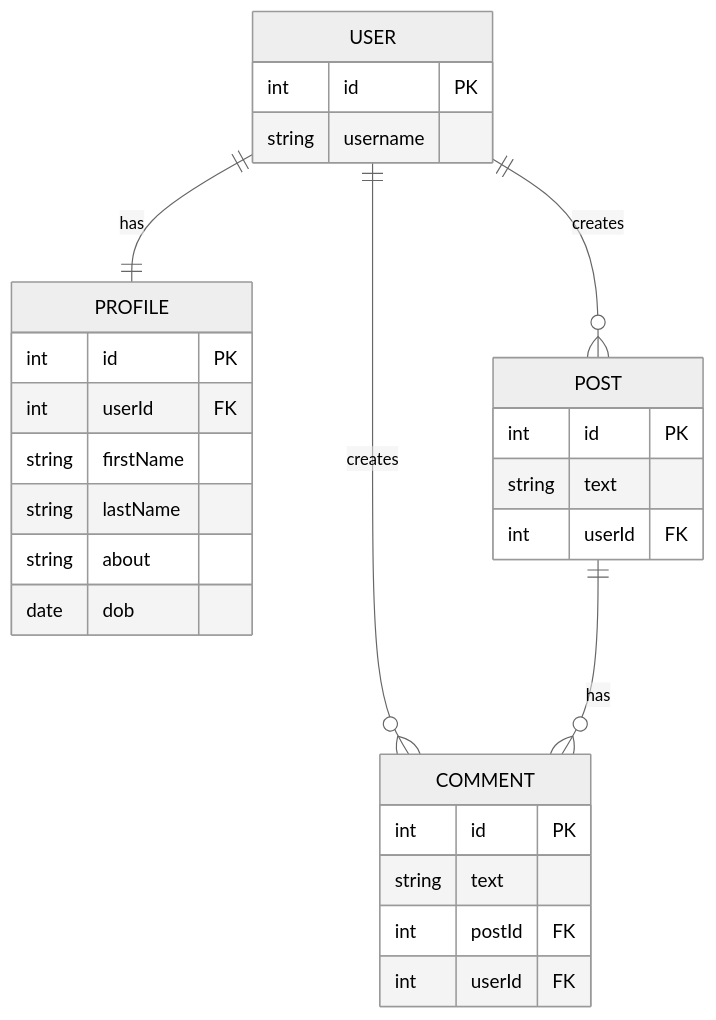
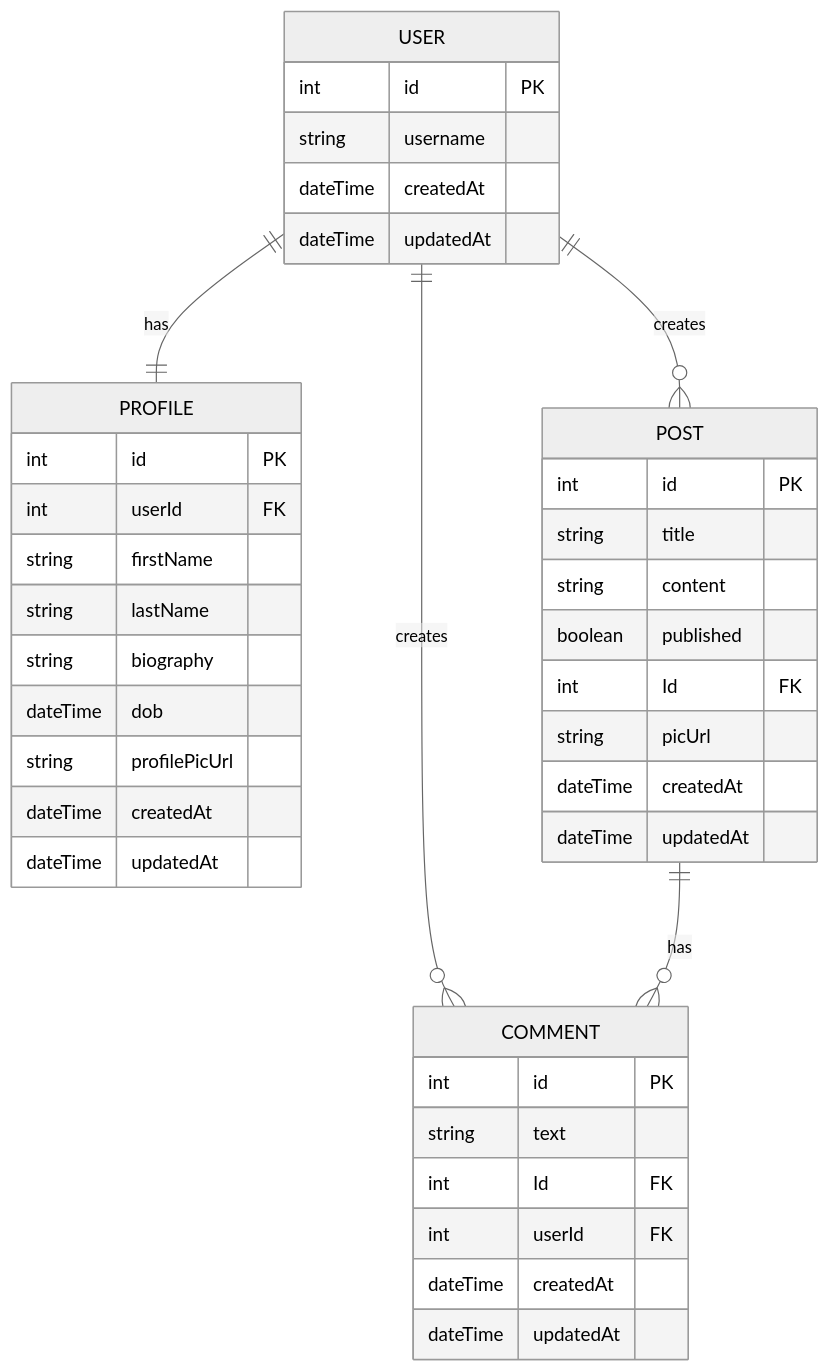
Before and after one commit to boolean-uk/database-blog-challenge: the diagram in erd.md, drawn with Mermaid (neutral theme). The commit also changed other lines of this file, not shown here.

Commit message:
docs: update erd

````diff
--- a/erd.md
+++ b/erd.md
@@ -3,32 +3,44 @@
 ```mermaid
 erDiagram
 USER ||--|| PROFILE : has
 USER ||--o{ POST : creates
 USER ||--o{ COMMENT : creates
 POST ||--o{ COMMENT : has
 
 USER {
-    int     id          PK
-    string  username
+    int         id          PK
+    string      username
+    dateTime    createdAt
+    dateTime    updatedAt 
 }
 COMMENT {
-    int     id          PK
-    string  text
-    int     postId      FK
-    int     userId      FK
+    int         id          PK
+    string      text
+    int         Id      FK
+    int         userId      FK
+    dateTime    createdAt
+    dateTime    updatedAt 
 }
 PROFILE {
-    int     id          PK
-    int     userId      FK
-    string  firstName
-    string  lastName
-    string  about
-    date    dob
+    int         id          PK
+    int         userId      FK
+    string      firstName
+    string      lastName
+    string      biography   
+    dateTime    dob        
+    string      profilePicUrl 
+    dateTime    createdAt
+    dateTime    updatedAt 
 }
 POST {
-    int     id          PK
-    string  text
-    int     userId      FK
+    int         id          PK
+    string      title       
+    string      content     
+    boolean     published    
+    int         Id          FK
+    string      picUrl                 
+    dateTime    createdAt
+    dateTime    updatedAt 
 }
 
 ```
````
